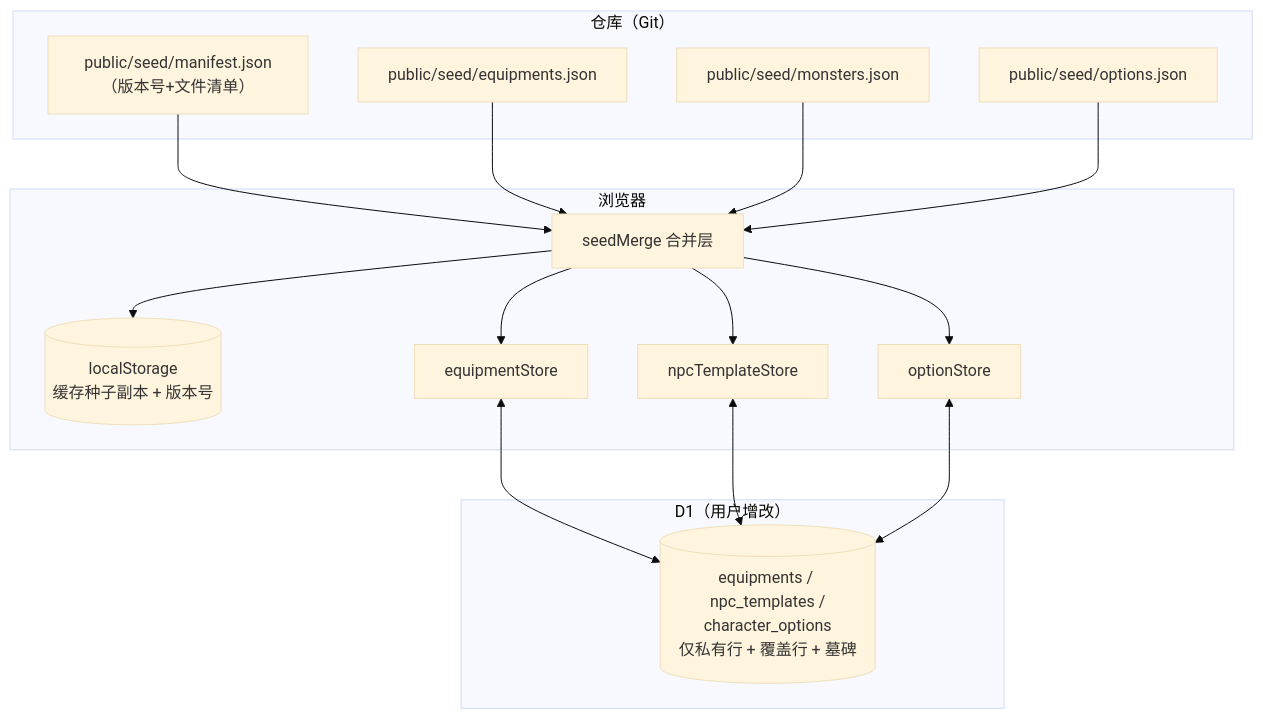
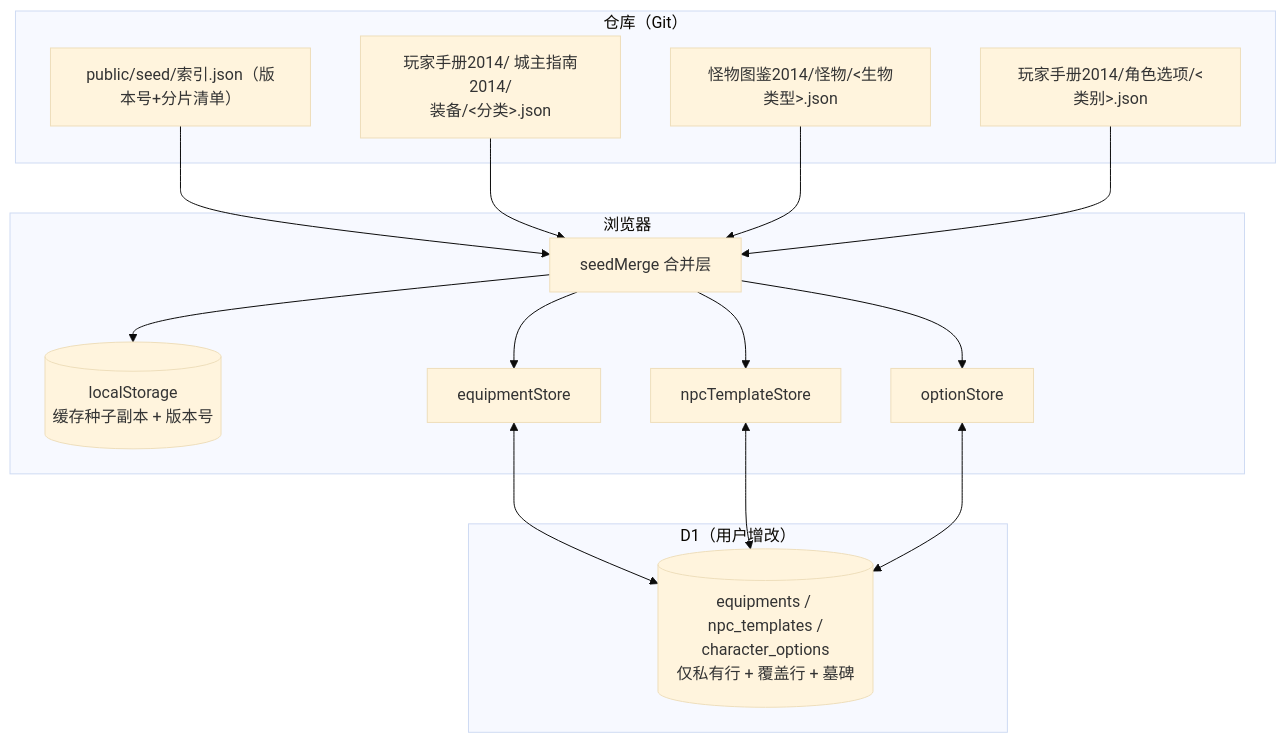
One commit to Romand0/DND-new changed the diagram in .monkeycode/specs/github-seed-library/design.md. Above: the diagram before and after it, drawn with Mermaid (base theme). The commit also changed other lines of this file and 1 other file, not shown here.

````diff
--- a/.monkeycode/specs/github-seed-library/design.md
+++ b/.monkeycode/specs/github-seed-library/design.md
@@ -14,33 +14,33 @@
 ```mermaid
 graph TB
     subgraph Repo["仓库（Git）"]
-        S1["public/seed/equipments.json"]
-        S2["public/seed/monsters.json"]
-        S3["public/seed/options.json"]
-        IDX["public/seed/manifest.json（版本号+文件清单）"]
+        S1["玩家手册2014/ 城主指南2014/<br/>装备/<分类>.json"]
+        S2["怪物图鉴2014/怪物/<生物类型>.json"]
+        S3["玩家手册2014/角色选项/<类别>.json"]
+        IDX["public/seed/索引.json（版本号+分片清单）"]
     end
 
     subgraph Client["浏览器"]
         LS[("localStorage<br/>缓存种子副本 + 版本号")]
         MS["seedMerge 合并层"]
         ES["equipmentStore"]
         NS["npcTemplateStore"]
         OS["optionStore"]
     end
 
     subgraph Cloud["D1（用户增改）"]
         D1[("equipments / npc_templates /<br/>character_options<br/>仅私有行 + 覆盖行 + 墓碑")]
     end
 
     IDX --> MS
     S1 --> MS
     S2 --> MS
     S3 --> MS
     MS --> LS
     MS --> ES
     MS --> NS
     MS --> OS
     ES <--> D1
     NS <--> D1
     OS <--> D1
 ```
````
